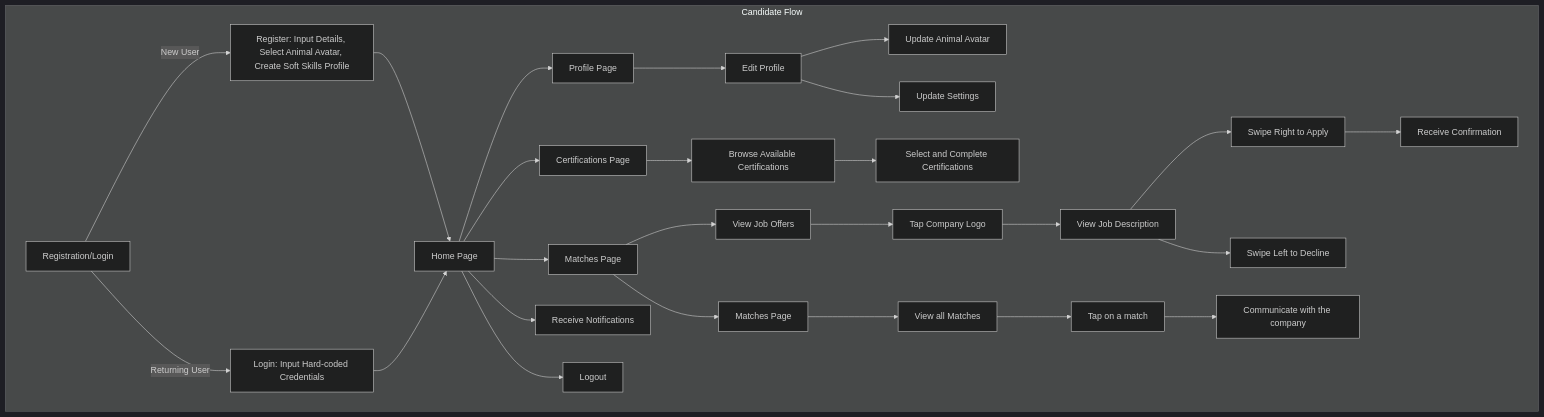
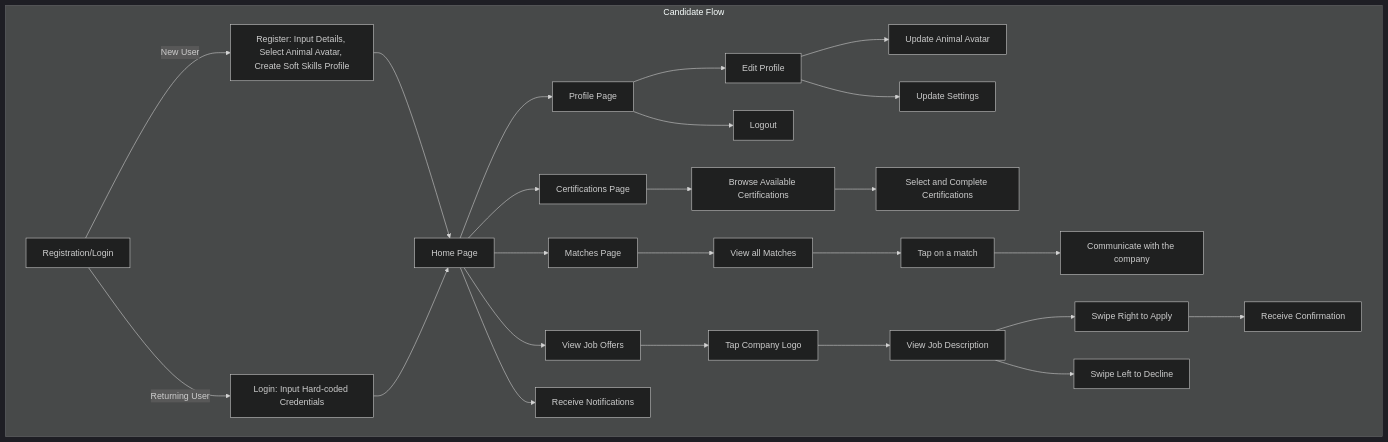
One commit to algosup/2023-2024-project-5-flutter-team-8 changed the first of 2 diagrams in documents/functional_specification/functional_specification.md. Above: the diagram before and after it, drawn with Mermaid (dark theme). The commit also changed other lines of this file and 4 other files, not shown here.

````diff
--- a/documents/functional_specification/functional_specification.md
+++ b/documents/functional_specification/functional_specification.md
@@ -543,37 +586,36 @@
 ```mermaid
 graph TD
   %% Candidate Flow
   subgraph Candidate Flow
     A1[Registration/Login] -->|New User| A4[Register: Input Details, Select Animal Avatar, Create Soft Skills Profile]
     A1 -->|Returning User| A5[Login: Input Hard-coded Credentials]
     A4 --> A6[Home Page]
     A5 --> A6[Home Page]
     
     A6 --> B1[Profile Page]
     A6 --> B2[Certifications Page]
     A6 --> B3[Matches Page]
     
     B1 --> B4[Edit Profile]
     B4 --> B5[Update Animal Avatar]
     B4 --> B6[Update Settings]
     
     B2 --> B7[Browse Available Certifications]
     B7 --> B8[Select and Complete Certifications]
     
-    B3 --> B9[View Job Offers]
+    A6 --> B9[View Job Offers]
     B9 --> B10[Tap Company Logo]
     B10 --> B11[View Job Description]
     B11 --> B12[Swipe Right to Apply]
     B11 --> B13[Swipe Left to Decline]
     B12 --> B14[Receive Confirmation]
 
-    B3 --> B17[Matches Page]
-    B17 --> B18[View all Matches]
+    B3 --> B18[View all Matches]
     B18 --> B19[Tap on a match]
     B19 --> B20[Communicate with the company]
     
     
     A6 --> B15[Receive Notifications]
-    A6 --> B16[Logout]
+    B1 --> B16[Logout]
   end
 ```
````
